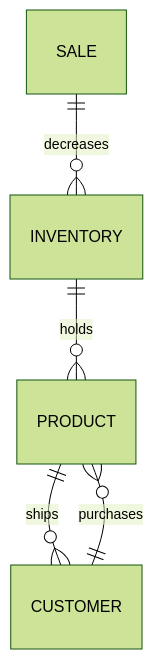
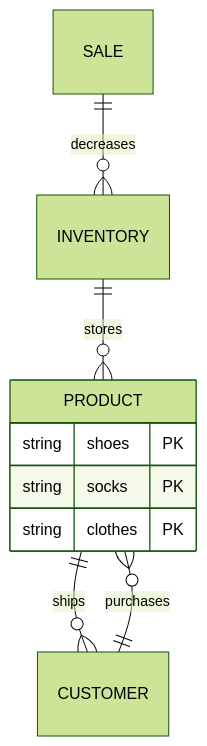
The diagram in Nike Store_ERD.md (emwildwtsp2025/emwildwtsp2025.github.io), drawn with Mermaid (forest theme) before and after one commit. The commit also changed other lines of this file, not shown here.

Commit message:
Update Nike Store_ERD.md

````diff
--- a/Nike Store_ERD.md
+++ b/Nike Store_ERD.md
@@ -8,7 +1,12 @@
 ```mermaid
 erDiagram
 	PRODUCT ||--o{ CUSTOMER : ships
+	PRODUCT {
+	string shoes PK
+	string socks PK
+	string clothes PK
+	}
 	CUSTOMER ||--o{ PRODUCT : purchases
 	SALE ||--o{ INVENTORY : decreases
-	INVENTORY ||--o{ PRODUCT : holds
+	INVENTORY ||--o{ PRODUCT : stores
 ```
````
